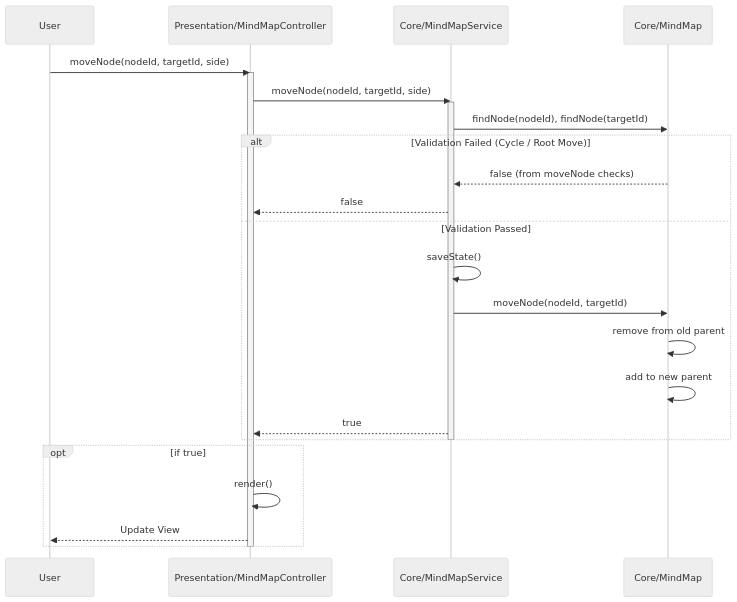
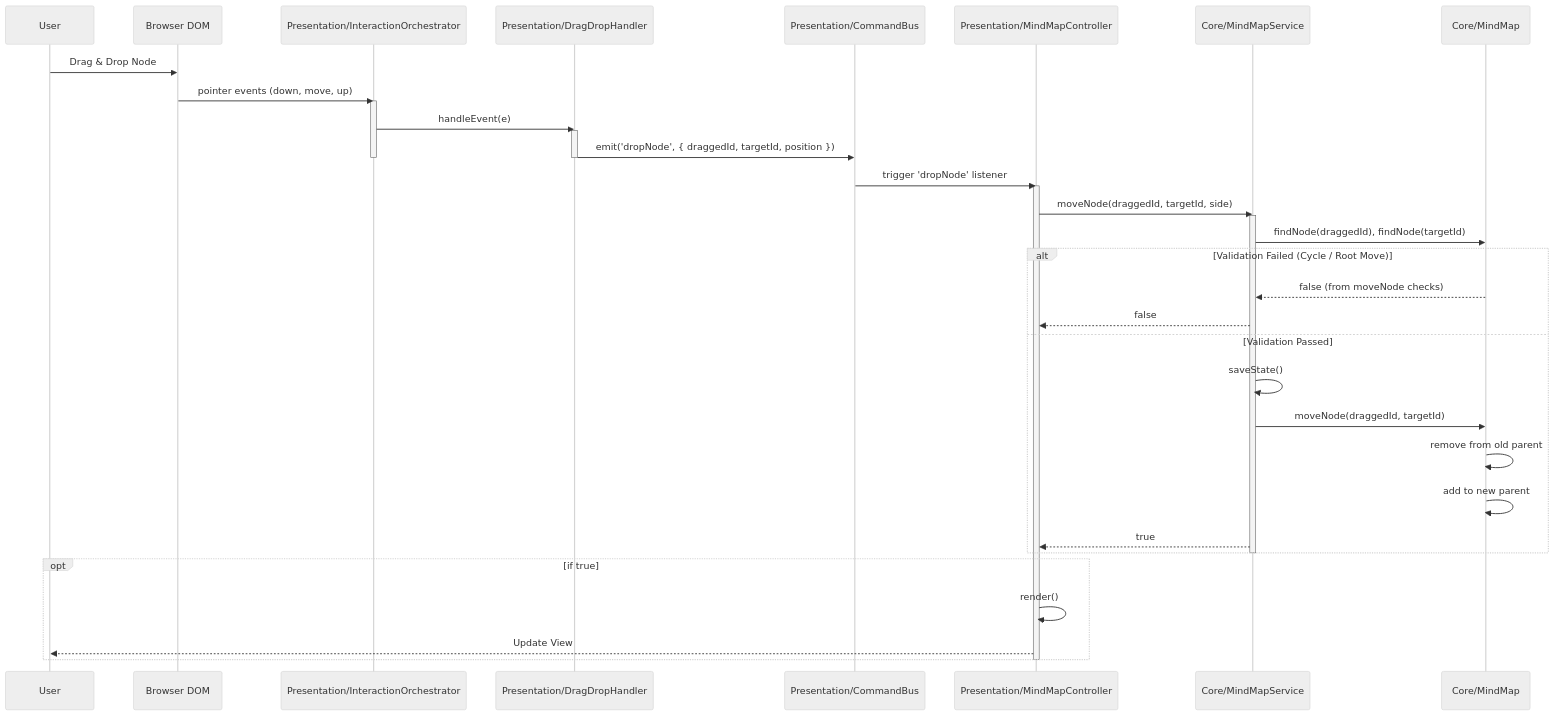
The fifth of 7 diagrams in docs/SOFTWARE_ARCHITECTURE_ja.md (hiroooo000/kakidash), drawn with Mermaid (neutral theme) before and after one commit. The commit also changed other lines of this file and 17 other files, not shown here.

First line of the commit message:
refactor(interaction): Implement InteractionOrchestrator and CommandBus

````diff
--- a/docs/SOFTWARE_ARCHITECTURE_ja.md
+++ b/docs/SOFTWARE_ARCHITECTURE_ja.md
@@ -296,33 +319,46 @@
 ```mermaid
 sequenceDiagram
     participant User
+    participant DOM as Browser DOM
+    participant Orch as Presentation/InteractionOrchestrator
+    participant Handler as Presentation/DragDropHandler
+    participant Bus as Presentation/CommandBus
     participant Controller as Presentation/MindMapController
     participant Service as Core/MindMapService
     participant Entity as Core/MindMap
 
-    User->>Controller: moveNode(nodeId, targetId, side)
+    User->>DOM: Drag & Drop Node
+    DOM->>Orch: pointer events (down, move, up)
+    activate Orch
+    Orch->>Handler: handleEvent(e)
+    activate Handler
+    Handler->>Bus: emit('dropNode', { draggedId, targetId, position })
+    deactivate Handler
+    deactivate Orch
+
+    Bus->>Controller: trigger 'dropNode' listener
     activate Controller
 
-    Controller->>Service: moveNode(nodeId, targetId, side)
+    Controller->>Service: moveNode(draggedId, targetId, side)
     activate Service
 
-    Service->>Entity: findNode(nodeId), findNode(targetId)
+    Service->>Entity: findNode(draggedId), findNode(targetId)
 
     alt Validation Failed (Cycle / Root Move)
         Entity-->>Service: false (from moveNode checks)
         Service-->>Controller: false
     else Validation Passed
         Service->>Service: saveState()
-        Service->>Entity: moveNode(nodeId, targetId)
+        Service->>Entity: moveNode(draggedId, targetId)
         Entity->>Entity: remove from old parent
         Entity->>Entity: add to new parent
         Service-->>Controller: true
     end
     deactivate Service
 
     opt if true
         Controller->>Controller: render()
         Controller-->>User: Update View
     end
     deactivate Controller
 ```
````
